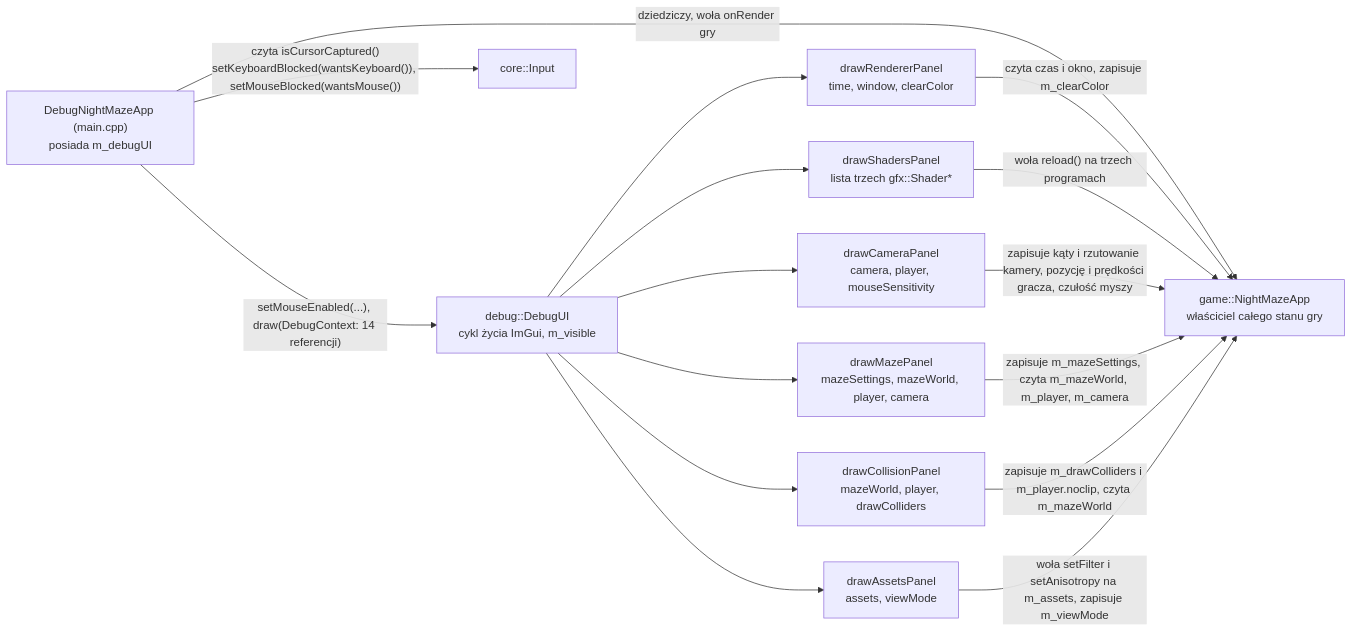
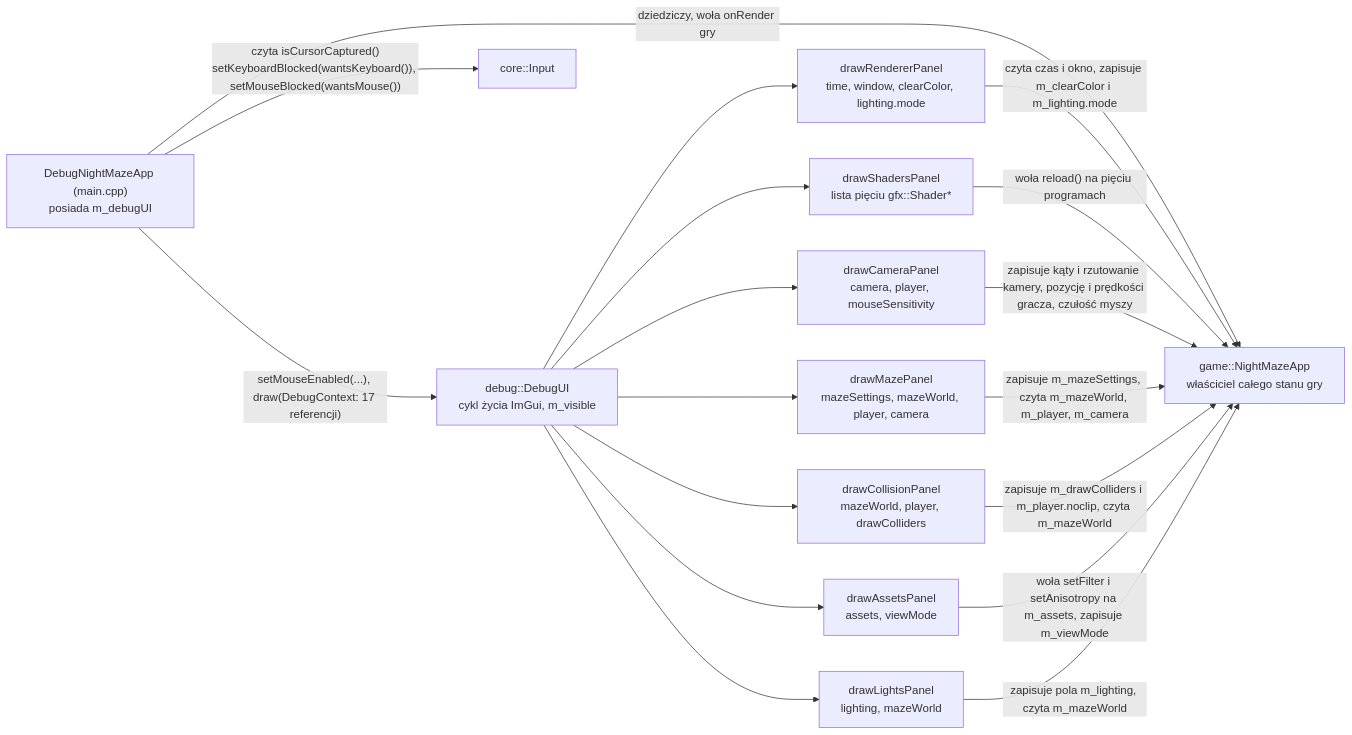
The second of 2 diagrams in docs/modules/debug-ui.md (Shironex/night-maze), drawn with Mermaid before and after one commit. The commit also changed other lines of this file and 52 other files, not shown here.

First line of the commit message:
feat(game): light the maze with moon, flashlight and point lights

````diff
--- a/docs/modules/debug-ui.md
+++ b/docs/modules/debug-ui.md
@@ -187,18 +191,20 @@
 ```mermaid
 flowchart LR
-    Main["DebugNightMazeApp (main.cpp)<br/>posiada m_debugUI"] -->|"setMouseEnabled(...), draw(DebugContext: 14 referencji)"| UI["debug::DebugUI<br/>cykl życia ImGui, m_visible"]
+    Main["DebugNightMazeApp (main.cpp)<br/>posiada m_debugUI"] -->|"setMouseEnabled(...), draw(DebugContext: 17 referencji)"| UI["debug::DebugUI<br/>cykl życia ImGui, m_visible"]
     Main -->|"dziedziczy, woła onRender gry"| Game["game::NightMazeApp<br/>właściciel całego stanu gry"]
     Main -->|"czyta isCursorCaptured()<br/>setKeyboardBlocked(wantsKeyboard()), setMouseBlocked(wantsMouse())"| In["core::Input"]
-    UI --> RP["drawRendererPanel<br/>time, window, clearColor"]
-    UI --> SP["drawShadersPanel<br/>lista trzech gfx::Shader*"]
+    UI --> RP["drawRendererPanel<br/>time, window, clearColor, lighting.mode"]
+    UI --> SP["drawShadersPanel<br/>lista pięciu gfx::Shader*"]
     UI --> CP["drawCameraPanel<br/>camera, player, mouseSensitivity"]
     UI --> MP["drawMazePanel<br/>mazeSettings, mazeWorld, player, camera"]
     UI --> CO["drawCollisionPanel<br/>mazeWorld, player, drawColliders"]
     UI --> AP["drawAssetsPanel<br/>assets, viewMode"]
-    RP -->|"czyta czas i okno, zapisuje m_clearColor"| Game
-    SP -->|"woła reload() na trzech programach"| Game
+    UI --> LP["drawLightsPanel<br/>lighting, mazeWorld"]
+    RP -->|"czyta czas i okno, zapisuje m_clearColor i m_lighting.mode"| Game
+    SP -->|"woła reload() na pięciu programach"| Game
     CP -->|"zapisuje kąty i rzutowanie kamery, pozycję i prędkości gracza, czułość myszy"| Game
     MP -->|"zapisuje m_mazeSettings, czyta m_mazeWorld, m_player, m_camera"| Game
     CO -->|"zapisuje m_drawColliders i m_player.noclip, czyta m_mazeWorld"| Game
     AP -->|"woła setFilter i setAnisotropy na m_assets, zapisuje m_viewMode"| Game
+    LP -->|"zapisuje pola m_lighting, czyta m_mazeWorld"| Game
 ```
````
